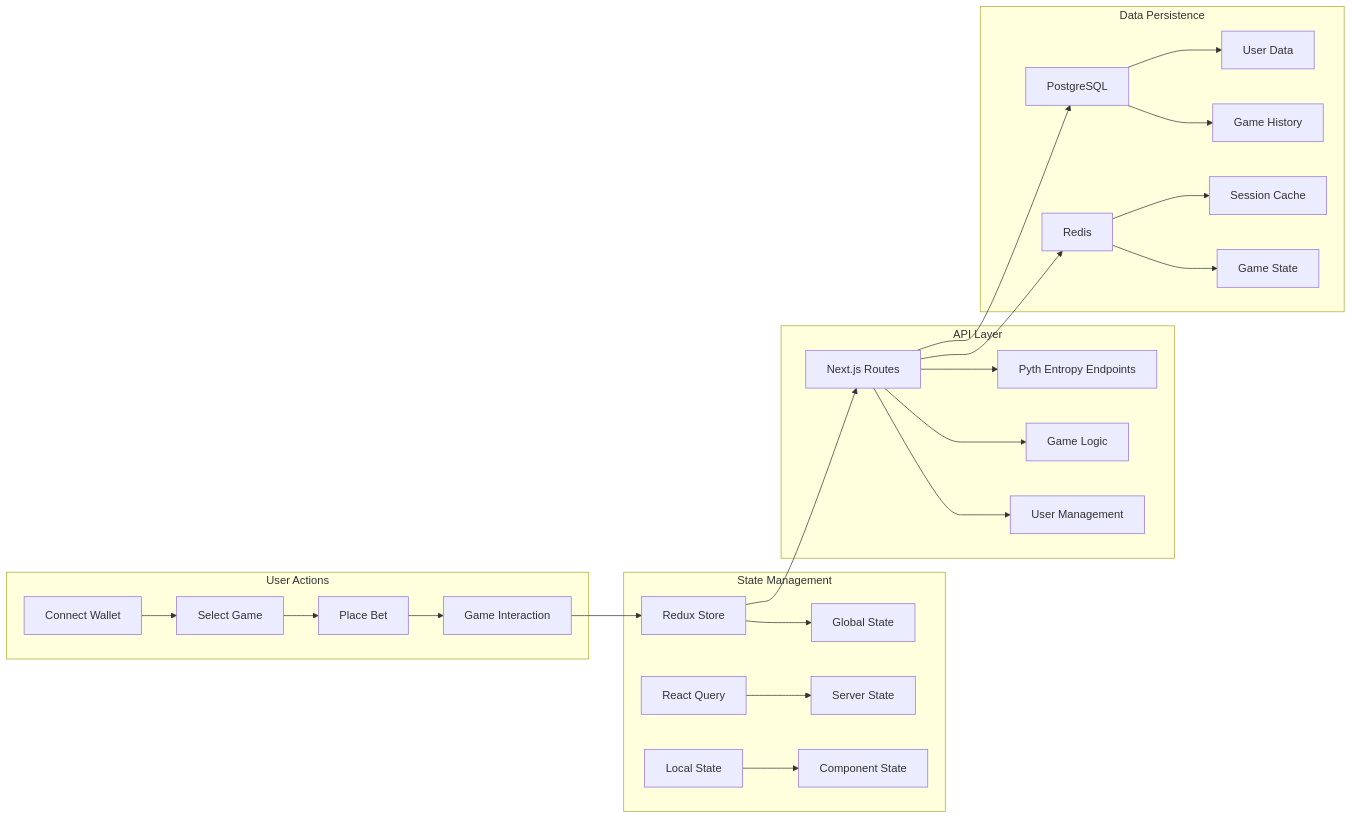
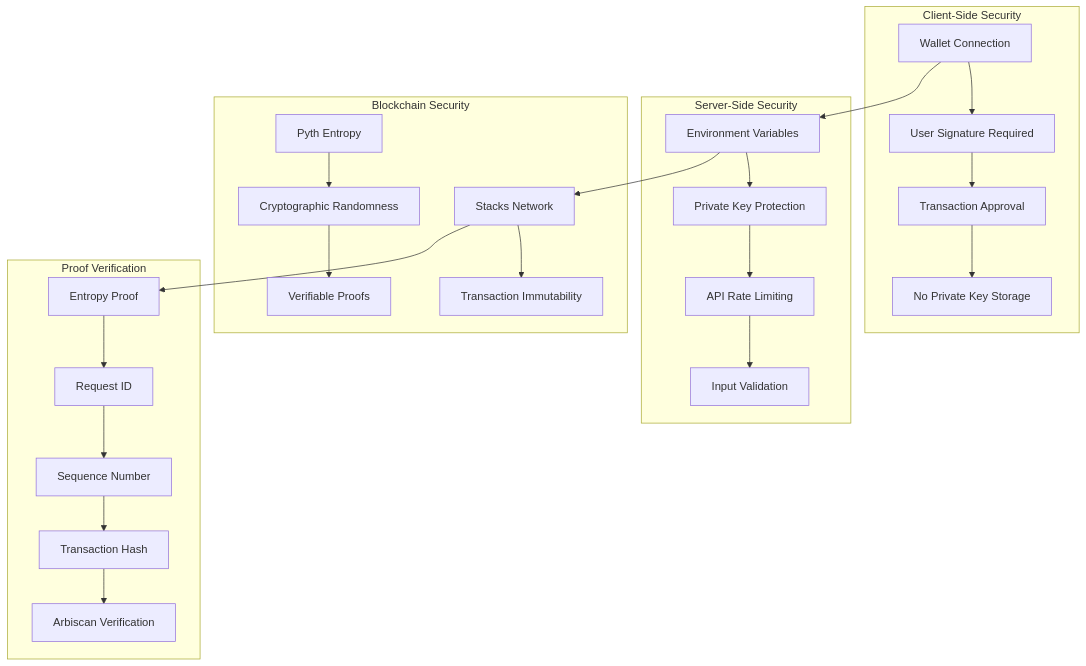
One commit to AmaanSayyad/APT-Casino-Stacks changed the ninth of 12 diagrams in MERMAID_DIAGRAMS.md. Above: the diagram before and after it, drawn with Mermaid. The commit also changed other lines of this file and 5 other files, not shown here.

````diff
--- a/MERMAID_DIAGRAMS.md
+++ b/MERMAID_DIAGRAMS.md
@@ -281,32 +241,31 @@
 ```mermaid
-graph LR
-    subgraph Actions["User Actions"]
-        A[Connect Wallet] --> B[Select Game]
-        B --> C[Place Bet]
-        C --> D[Game Interaction]
+graph TB
+    subgraph ClientSide["Client-Side Security"]
+        A[Wallet Connection] --> B[User Signature Required]
+        B --> C[Transaction Approval]
+        C --> D[No Private Key Storage]
     end
     
-    subgraph State["State Management"]
-        E[Redux Store] --> F[Global State]
-        G[React Query] --> H[Server State]
-        I[Local State] --> J[Component State]
+    subgraph ServerSide["Server-Side Security"]
+        E[Environment Variables] --> F[Private Key Protection]
+        F --> G[API Rate Limiting]
+        G --> H[Input Validation]
     end
     
-    subgraph API["API Layer"]
-        K[Next.js Routes] --> L[Pyth Entropy Endpoints]
-        K --> M[Game Logic]
-        K --> N[User Management]
+    subgraph Blockchain["Blockchain Security"]
+        I[Stacks Network] --> J[Transaction Immutability]
+        K[Pyth Entropy] --> L[Cryptographic Randomness]
+        L --> M[Verifiable Proofs]
     end
     
-    subgraph Persistence["Data Persistence"]
-        O[PostgreSQL] --> P[User Data]
-        O --> Q[Game History]
-        R[Redis] --> S[Session Cache]
-        R --> T[Game State]
+    subgraph Verification["Proof Verification"]
+        N[Entropy Proof] --> O[Request ID]
+        O --> P[Sequence Number]
+        P --> Q[Transaction Hash]
+        Q --> R[Arbiscan Verification]
     end
     
-    D --> E
-    E --> K
-    K --> O
-    K --> R
+    A --> E
+    E --> I
+    I --> N
 ```
````
